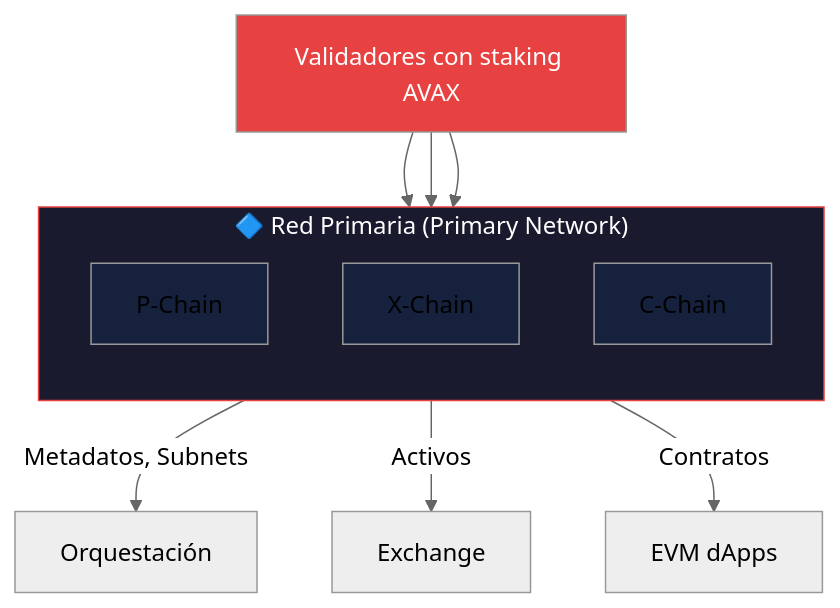
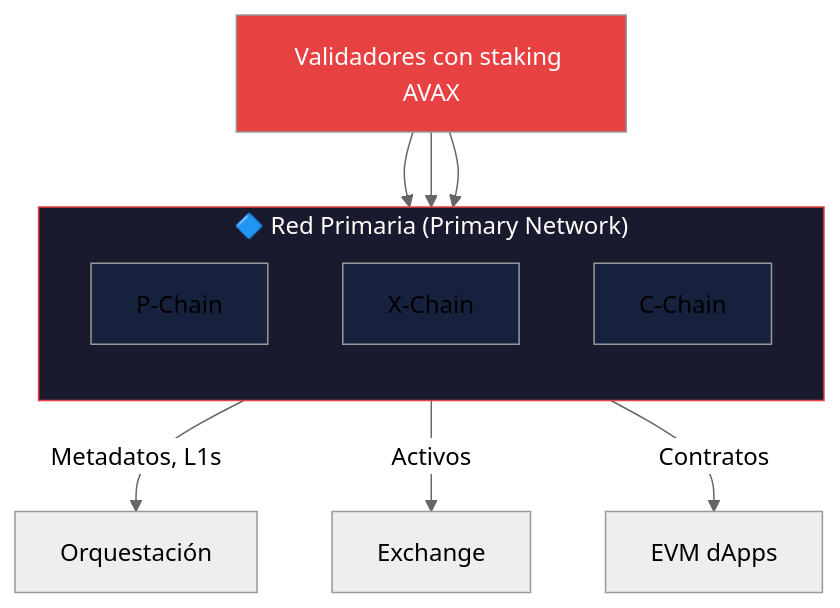
The first of 8 diagrams in semana-2/01-subnets-avalanche9000.md (MarxMad/Avax-Guide), drawn with Mermaid (neutral theme) before and after one commit. The commit also changed other lines of this file and 10 other files, not shown here.

````diff
--- a/semana-2/01-subnets-avalanche9000.md
+++ b/semana-2/01-subnets-avalanche9000.md
@@ -24,23 +24,23 @@
 ```mermaid
 flowchart TB
     subgraph Primary["🔷 Red Primaria (Primary Network)"]
         direction TB
         P["P-Chain"]
         X["X-Chain"]
         C["C-Chain"]
     end
 
     V[Validadores con staking AVAX] --> P
     V --> X
     V --> C
 
-    P --> |Metadatos, Subnets| Meta[Orquestación]
+    P --> |Metadatos, L1s| Meta[Orquestación]
     X --> |Activos| Assets[Exchange]
     C --> |Contratos| Dapps[EVM dApps]
 
     style Primary fill:#1a1a2e,stroke:#e84142,color:#fff
     style P fill:#16213e
     style X fill:#16213e
     style C fill:#16213e
     style V fill:#e84142,color:#fff
 ```
````
